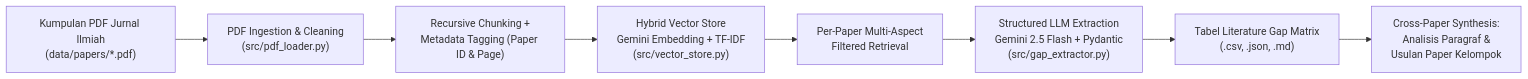
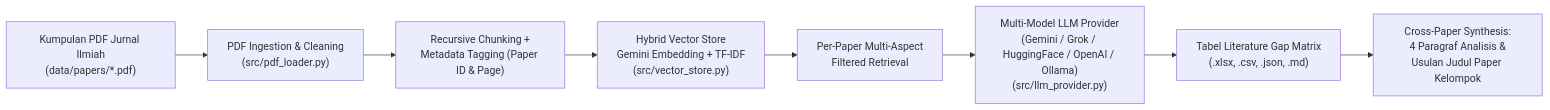
The diagram in README.md (idhiatmojo/myragisrag), drawn with Mermaid before and after one commit. The commit also changed other lines of this file and 10 other files, not shown here.

Commit message:
feat: add multi-model llm support and excel export to rag pipeline

````diff
--- a/README.md
+++ b/README.md
@@ -13,10 +14,10 @@
 ```mermaid
 flowchart LR
     A["Kumpulan PDF Jurnal Ilmiah<br/>(data/papers/*.pdf)"] --> B["PDF Ingestion & Cleaning<br/>(src/pdf_loader.py)"]
     B --> C["Recursive Chunking +<br/>Metadata Tagging (Paper ID & Page)"]
     C --> D["Hybrid Vector Store<br/>Gemini Embedding + TF-IDF<br/>(src/vector_store.py)"]
     D --> E["Per-Paper Multi-Aspect<br/>Filtered Retrieval"]
-    E --> F["Structured LLM Extraction<br/>Gemini 2.5 Flash + Pydantic<br/>(src/gap_extractor.py)"]
-    F --> G["Tabel Literature Gap Matrix<br/>(.csv, .json, .md)"]
-    G --> H["Cross-Paper Synthesis:<br/>Analisis Paragraf &<br/>Usulan Paper Kelompok"]
+    E --> F["Multi-Model LLM Provider<br/>(Gemini / Grok / HuggingFace / OpenAI / Ollama)<br/>(src/llm_provider.py)"]
+    F --> G["Tabel Literature Gap Matrix<br/>(.xlsx, .csv, .json, .md)"]
+    G --> H["Cross-Paper Synthesis:<br/>4 Paragraf Analisis &<br/>Usulan Judul Paper Kelompok"]
 ```
````
